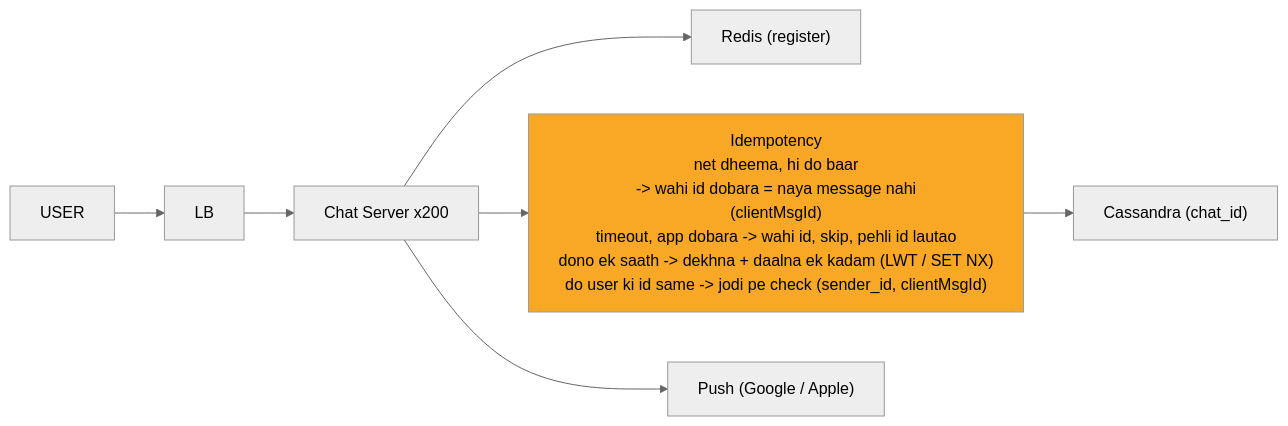
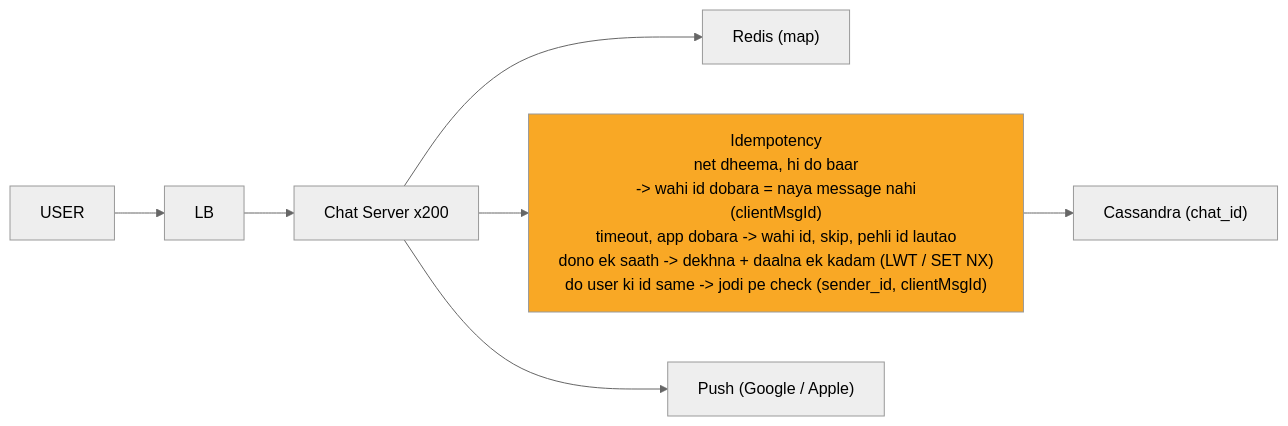
The sixth of 12 diagrams in 04_HLD/SYSTEM_DESIGNS/14_chat_messaging/14_chat_messaging.md (ArpanMaheshwari144/Prep), drawn with Mermaid (neutral theme) before and after one commit. The commit also changed other lines of this file and 12 other files, not shown here.

````diff
--- a/04_HLD/SYSTEM_DESIGNS/14_chat_messaging/14_chat_messaging.md
+++ b/04_HLD/SYSTEM_DESIGNS/14_chat_messaging/14_chat_messaging.md
@@ -263,18 +263,18 @@
 ```mermaid
 %%{init: {"flowchart": {"wrappingWidth": 450}}}%%
 flowchart LR
     n_U["USER"]
     n_LB["LB"]
     n_CS["Chat Server x200"]
-    n_R["Redis (register)"]
+    n_R["Redis (map)"]
     n_I["Idempotency<br/>net dheema, hi do baar<br/>-> wahi id dobara = naya message nahi<br/>(clientMsgId)<br/>timeout, app dobara -> wahi id, skip, pehli id lautao<br/>dono ek saath -> dekhna + daalna ek kadam (LWT / SET NX)<br/>do user ki id same -> jodi pe check (sender_id, clientMsgId)"]
     n_CA["Cassandra (chat_id)"]
     n_P["Push (Google / Apple)"]
     n_U --> n_LB
     n_LB --> n_CS
     n_CS --> n_R
     n_CS --> n_I
     n_I --> n_CA
     n_CS --> n_P
     style n_I fill:#f9a825,color:#000
 ```
````
